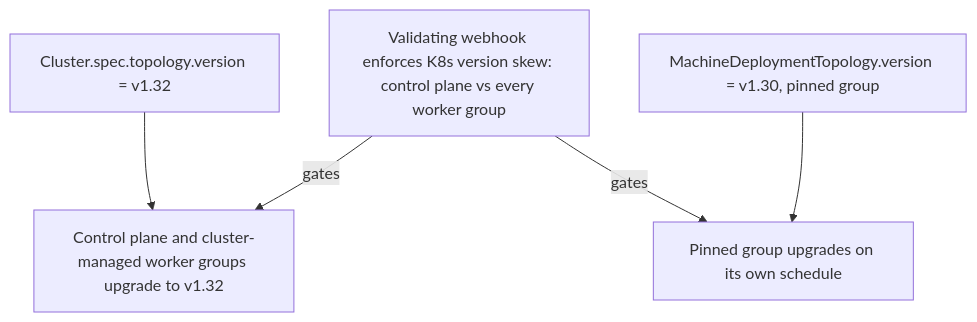
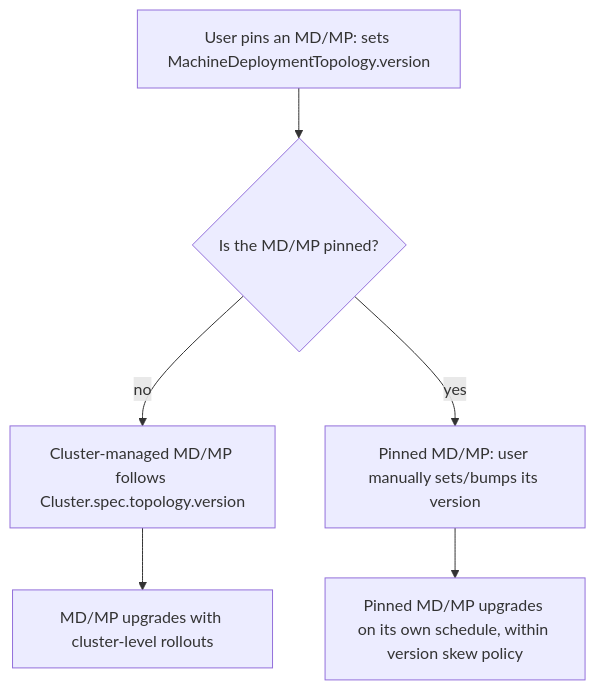
The second of 2 diagrams in docs/proposals/20260706-independent-worker-topology-versions.md (kubernetes-sigs/cluster-api), drawn with Mermaid before and after one commit. The commit also changed other lines of this file, not shown here.

First line of the commit message:
📖 Address review feedback on worker version pinning proposal

````diff
--- a/docs/proposals/20260706-independent-worker-topology-versions.md
+++ b/docs/proposals/20260706-independent-worker-topology-versions.md
@@ -139,8 +140,8 @@
 ```mermaid
 flowchart TD
-  W["Validating webhook enforces K8s version skew: control plane vs every worker group"]
-  CPV["Cluster.spec.topology.version = v1.32"] --> CPU["Control plane and cluster-managed worker groups upgrade to v1.32"]
-  WV["MachineDeploymentTopology.version = v1.30, pinned group"] --> WU["Pinned group upgrades on its own schedule"]
-  W -->|gates| CPU
-  W -->|gates| WU
+  P["User pins an MD/MP: sets MachineDeploymentTopology.version"] --> B{"Is the MD/MP pinned?"}
+  B -->|no| M["Cluster-managed MD/MP follows Cluster.spec.topology.version"]
+  B -->|yes| U["Pinned MD/MP: user manually sets/bumps its version"]
+  M --> RM["MD/MP upgrades with cluster-level rollouts"]
+  U --> RU["Pinned MD/MP upgrades on its own schedule, within version skew policy"]
 ```
````
